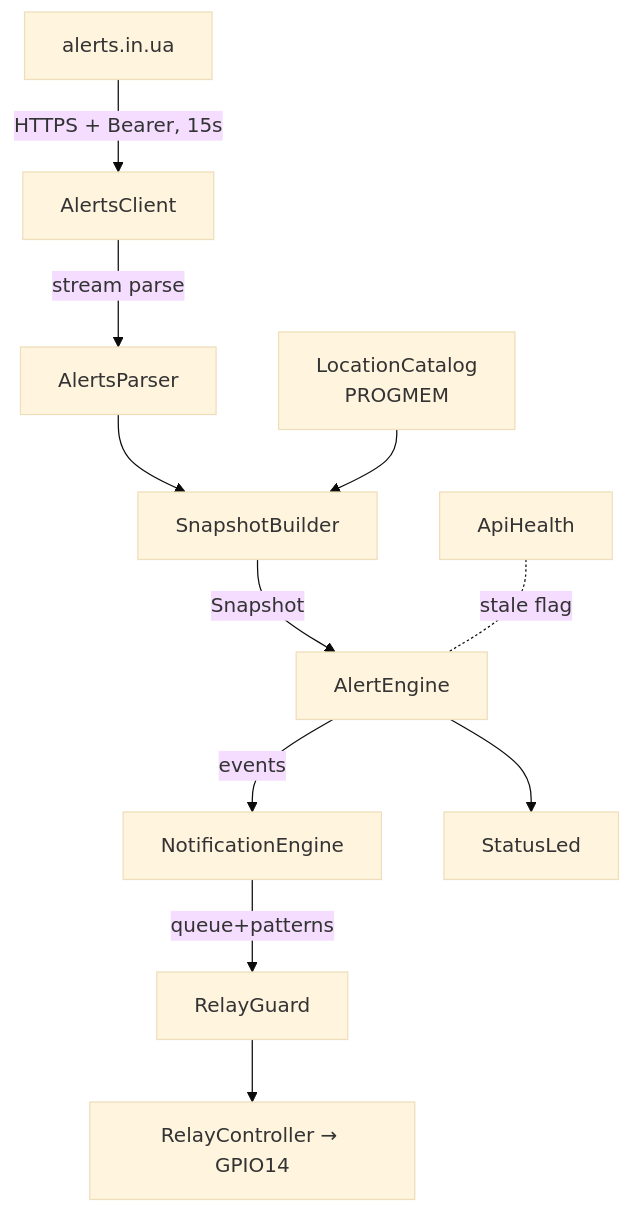
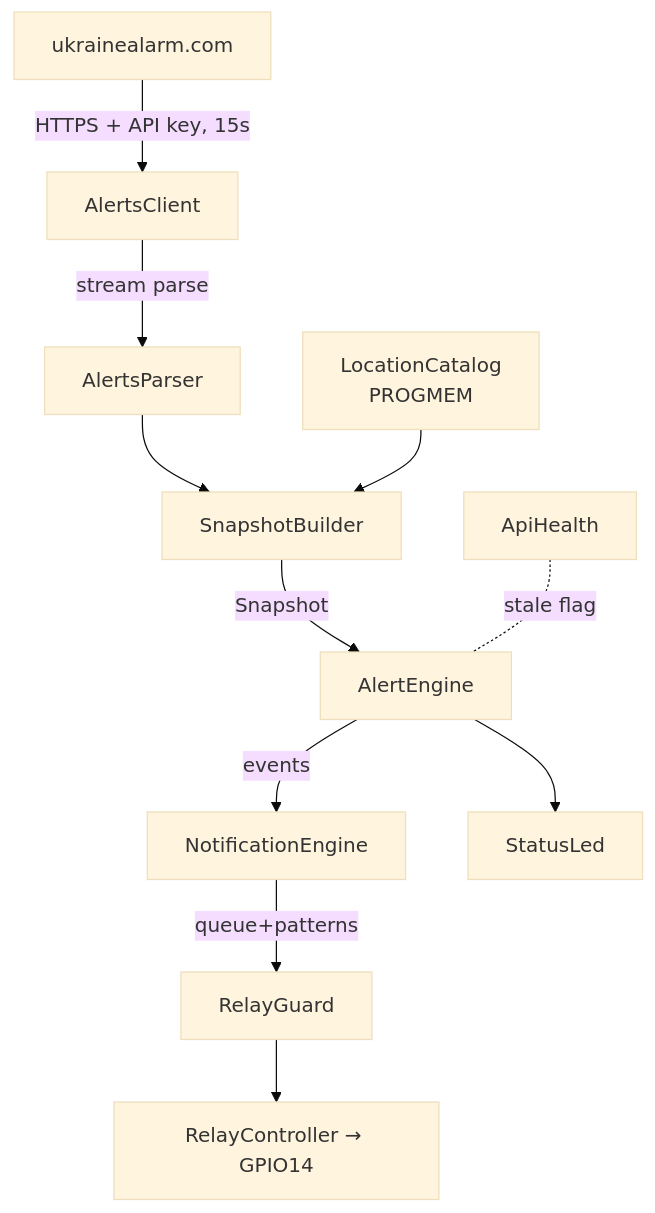
Before and after one commit to olax/AirAlert-ESP8266: the first of 2 diagrams in docs/ARCHITECTURE.md, drawn with Mermaid (base theme). The commit also changed 47 other files, not shown here.

First line of the commit message:
Switch alerts provider to ukrainealarm.com API v3 with yellow/red levels

````diff
--- a/docs/ARCHITECTURE.md
+++ b/docs/ARCHITECTURE.md
@@ -5,13 +5,13 @@
 ```mermaid
 flowchart TD
-    API[alerts.in.ua] -->|HTTPS + Bearer, 15s| Client[AlertsClient]
+    API[ukrainealarm.com] -->|HTTPS + API key, 15s| Client[AlertsClient]
     Client -->|stream parse| Parser[AlertsParser]
     Parser --> Builder[SnapshotBuilder]
     Cat[LocationCatalog<br/>PROGMEM] --> Builder
     Builder -->|Snapshot| Engine[AlertEngine]
     Engine -->|events| Notify[NotificationEngine]
     Notify -->|queue+patterns| Guard[RelayGuard]
     Guard --> Relay[RelayController → GPIO14]
     Engine --> Led[StatusLed]
     Health[ApiHealth] -.stale flag.- Engine
 ```
````
